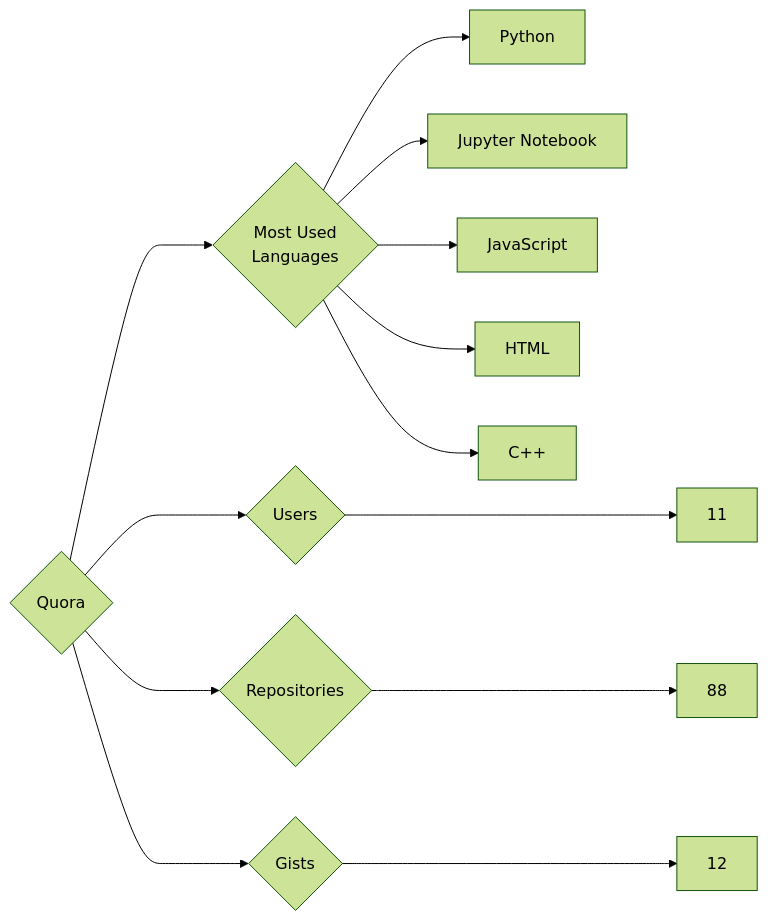
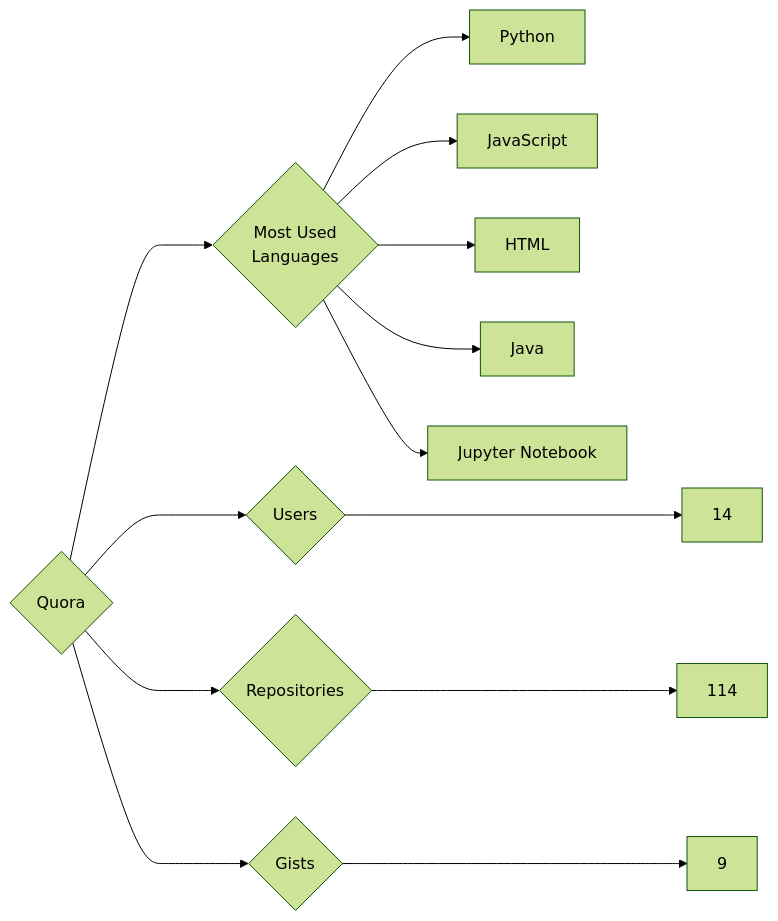
Before and after one commit to trickest/insiders: the diagram in targets/Quora/README.md, drawn with Mermaid (forest theme). The commit also changed 940 other files, not shown here.

````diff
--- a/targets/Quora/README.md
+++ b/targets/Quora/README.md
@@ -3,13 +3,13 @@
 ```mermaid
 graph LR
 COMPANY_NAME{Quora}
-COMPANY_NAME ---> U{Users} ---> UN[11]
-COMPANY_NAME ---> R{Repositories} ---> RN[88]
-COMPANY_NAME ---> G{Gists} ---> GN[12]
+COMPANY_NAME ---> U{Users} ---> UN[14]
+COMPANY_NAME ---> R{Repositories} ---> RN[114]
+COMPANY_NAME ---> G{Gists} ---> GN[9]
 COMPANY_NAME ---> ML{Most Used<br>Languages}
 ML --> Python[Python]
-ML --> Jupyter_Notebook[Jupyter Notebook]
 ML --> JavaScript[JavaScript]
 ML --> HTML[HTML]
-ML --> C++[C++]
+ML --> Java[Java]
+ML --> Jupyter_Notebook[Jupyter Notebook]
 ```
````
